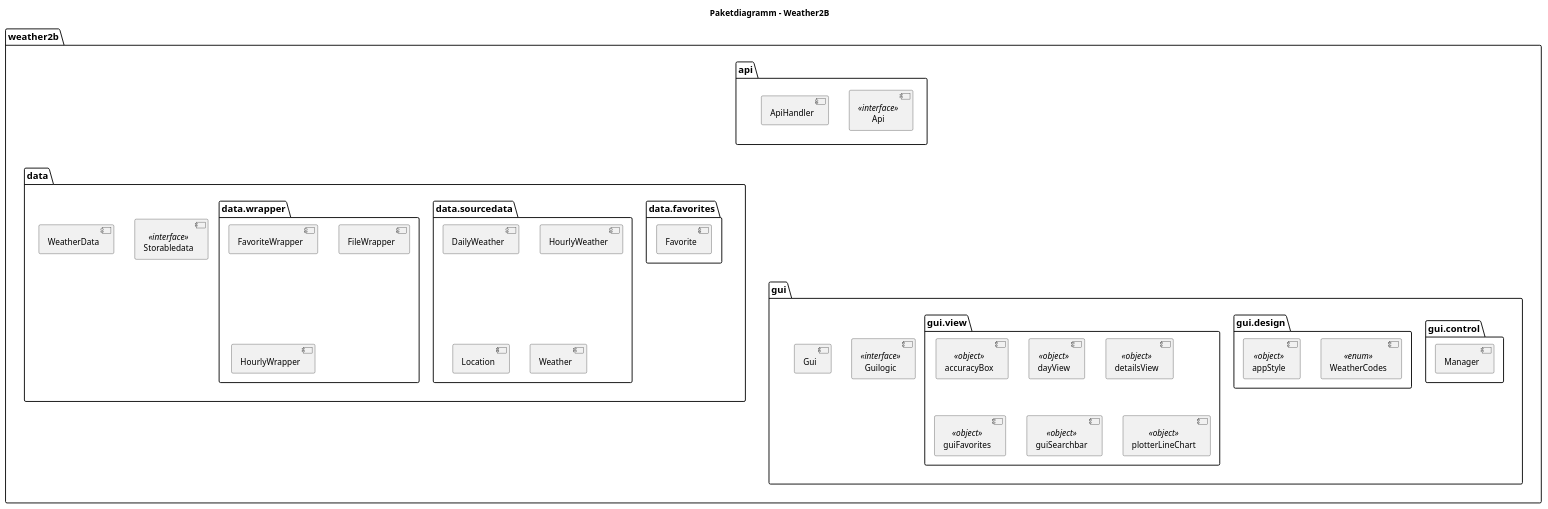
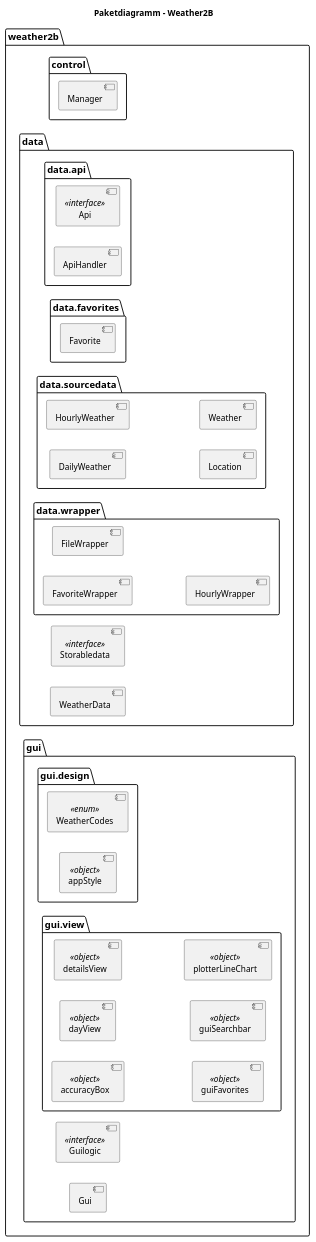
Before and after one commit to GrgPtrKoch/Wetterapp_pk: the diagram in doc/Weather2b_PackageDiagram_V01.puml, drawn with PlantUML.

Commit message:
Paketdiagram angepasst

```diff
--- a/doc/Weather2b_PackageDiagram_V01.puml
+++ b/doc/Weather2b_PackageDiagram_V01.puml
@@ -1,65 +1,62 @@
 @startuml Weather2B_Paketdiagramm
 
 top to bottom direction
 
 skinparam package {
     FontSize 16
     FontStyle bold
 }
 
 title "Paketdiagramm – Weather2B"
 
 package "weather2b"  {
-top to bottom direction
-    package "api"{
-        [Api] <<interface>>
-        [ApiHandler]
-    }
+left to right direction
+   package "control"{
+            [Manager]
+        }
 
-    package "data"{
+   package "data"{
+        package "data.api"{
+                [Api] <<interface>>
+                [ApiHandler]
+            }
         package "data.favorites"{
             [Favorite]
         }
         package "data.sourcedata"{
             [DailyWeather]
             [HourlyWeather]
             [Location]
             [Weather]
         }
         package "data.wrapper"{
             [FavoriteWrapper]
             [FileWrapper]
             [HourlyWrapper]
         }
             [Storabledata] <<interface>>
             [WeatherData]
     }
 
-    package "gui"{
-        package "gui.control"{
-            [Manager]
-        }
-
-        package "gui.design"{
+   package "gui"{
+   package "gui.design"{
             [WeatherCodes] <<enum>>
             [appStyle] <<object>>
         }
 
         package "gui.view"{
             [accuracyBox] <<object>>
             [dayView] <<object>>
             [detailsView] <<object>>
             [guiFavorites] <<object>>
             [guiSearchbar] <<object>>
             [plotterLineChart] <<object>>
         }
             [Guilogic] <<interface>>
             [Gui]
     }
-    api -[hidden]down->data
-    data -[hidden]down->gui
 }
 
 
 
 @enduml
```
